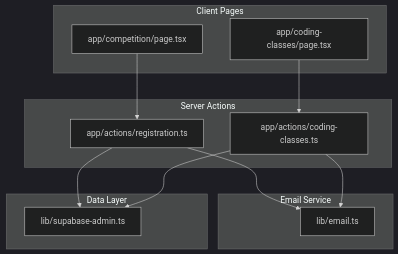
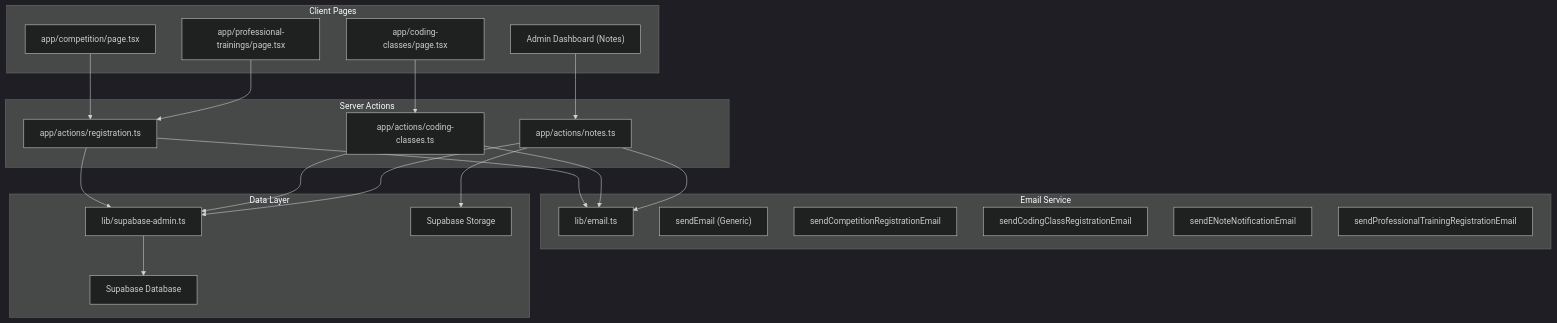
The first of 9 diagrams in .qoder/repowiki/en/content/Service Layer/Email Service.md (Black-box01/rhemaexpertsolutions), drawn with Mermaid (dark theme) before and after one commit. The commit also changed other lines of this file and 31 other files, not shown here.

First line of the commit message:
feat(professional_trainings): add professional training registration table and admin features

````diff
--- a/.qoder/repowiki/en/content/Service Layer/Email Service.md
+++ b/.qoder/repowiki/en/content/Service Layer/Email Service.md
@@ -38,23 +50,39 @@
 ```mermaid
 graph TB
 subgraph "Client Pages"
 C1["app/competition/page.tsx"]
 C2["app/coding-classes/page.tsx"]
+C3["app/professional-trainings/page.tsx"]
+C4["Admin Dashboard (Notes)"]
 end
 subgraph "Server Actions"
 A1["app/actions/registration.ts"]
 A2["app/actions/coding-classes.ts"]
+A3["app/actions/notes.ts"]
 end
 subgraph "Email Service"
 E["lib/email.ts"]
+E1["sendEmail (Generic)"]
+E2["sendCompetitionRegistrationEmail"]
+E3["sendCodingClassRegistrationEmail"]
+E4["sendENoteNotificationEmail"]
+E5["sendProfessionalTrainingRegistrationEmail"]
 end
 subgraph "Data Layer"
 S["lib/supabase-admin.ts"]
+DB["Supabase Database"]
+STORAGE["Supabase Storage"]
 end
 C1 --> A1
 C2 --> A2
+C3 --> A1
+C4 --> A3
 A1 --> S
 A2 --> S
+A3 --> S
 A1 --> E
 A2 --> E
+A3 --> E
+S --> DB
+A3 --> STORAGE
 ```
````
